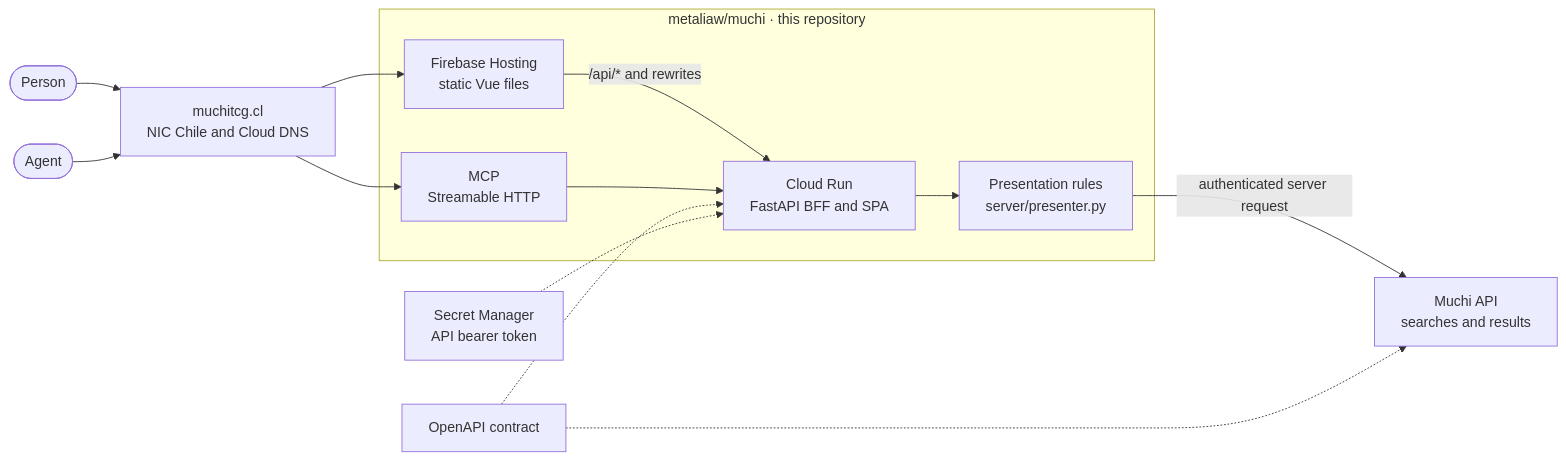
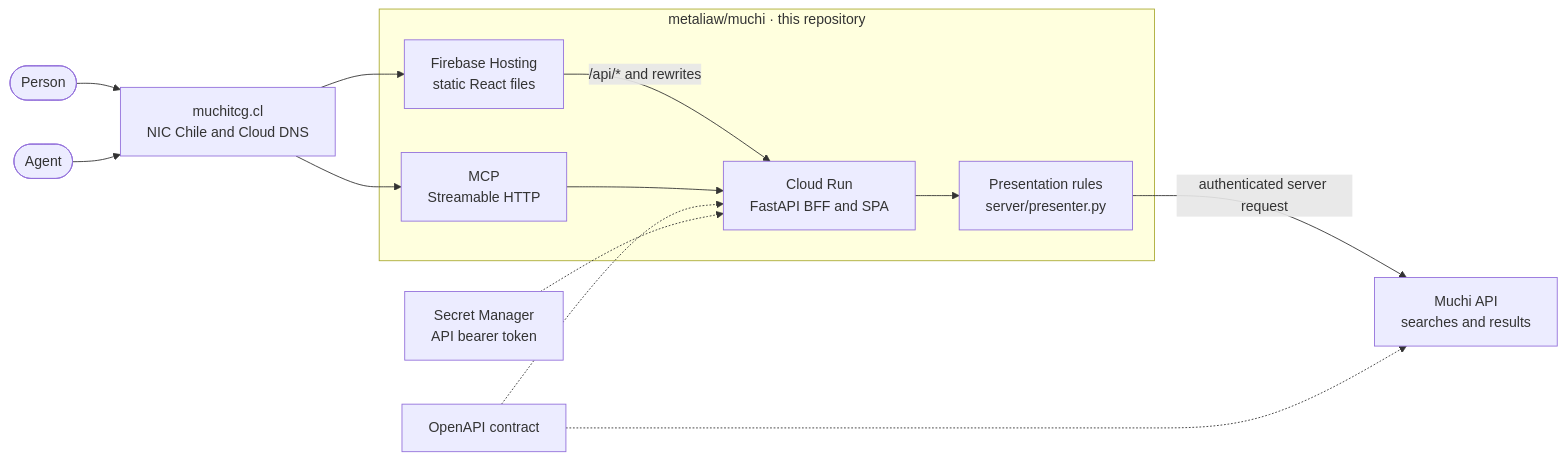
The first of 2 diagrams in docs/architecture.md (metaliaw/muchi), drawn with Mermaid before and after one commit. The commit also changed other lines of this file and 118 other files, not shown here.

First line of the commit message:
Replace the Vue frontend with React

````diff
--- a/docs/architecture.md
+++ b/docs/architecture.md
@@ -12,27 +12,27 @@
 ```mermaid
 flowchart LR
     person([Person])
     agent([Agent])
     dns["muchitcg.cl<br/>NIC Chile and Cloud DNS"]
 
     subgraph front["metaliaw/muchi · this repository"]
-        hosting["Firebase Hosting<br/>static Vue files"]
+        hosting["Firebase Hosting<br/>static React files"]
         bff["Cloud Run<br/>FastAPI BFF and SPA"]
         mcp["MCP<br/>Streamable HTTP"]
         presenter["Presentation rules<br/>server/presenter.py"]
         hosting -->|"/api/* and rewrites"| bff
         mcp --> bff
         bff --> presenter
     end
 
     api["Muchi API<br/>searches and results"]
     contract["OpenAPI contract"]
     secret["Secret Manager<br/>API bearer token"]
 
     person --> dns --> hosting
     agent --> dns --> mcp
     presenter -->|"authenticated server request"| api
     contract -.-> bff
     contract -.-> api
     secret -.-> bff
 ```
````
